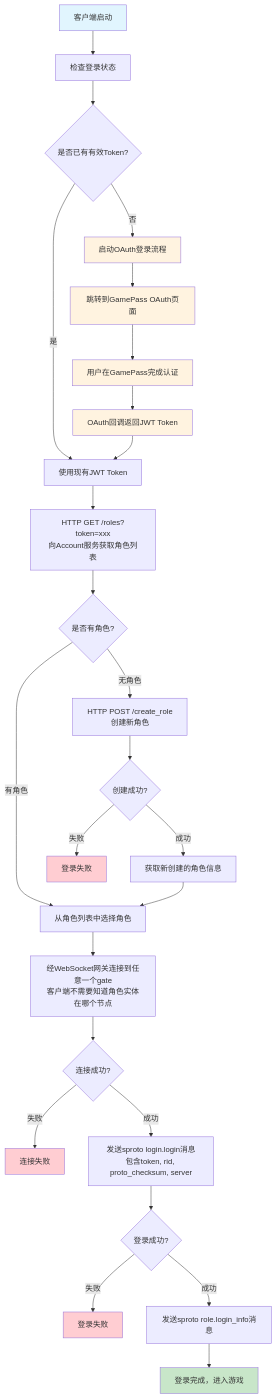
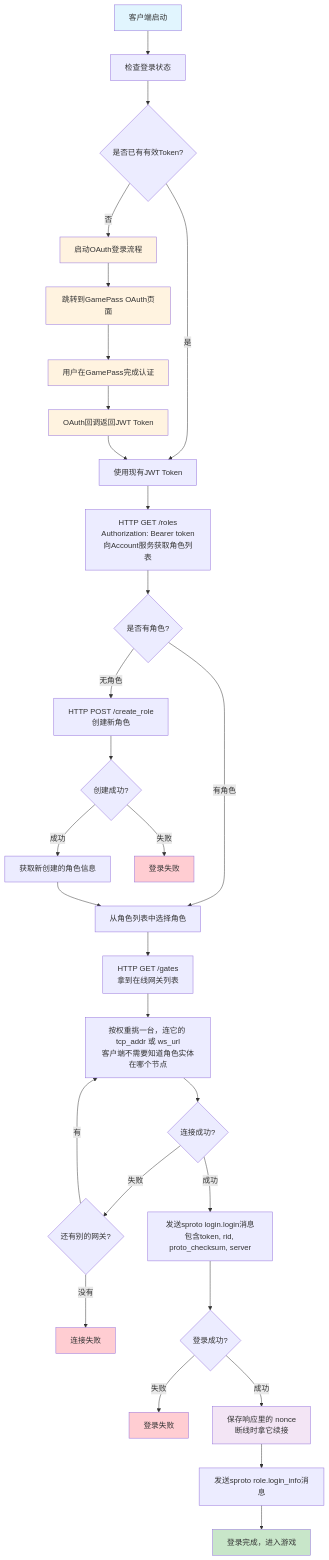
The first of 8 diagrams in docs/guide/login_diagram.md (hanxi/skyext), drawn with Mermaid before and after one commit. The commit also changed other lines of this file and 10 other files, not shown here.

````diff
--- a/docs/guide/login_diagram.md
+++ b/docs/guide/login_diagram.md
@@ -14,47 +16,52 @@
 ```mermaid
 flowchart TD
     A[客户端启动] --> B[检查登录状态]
     B --> C{是否已有有效Token?}
 
     C -->|否| D[启动OAuth登录流程]
     C -->|是| H[使用现有JWT Token]
 
     D --> E[跳转到GamePass OAuth页面]
     E --> F[用户在GamePass完成认证]
     F --> G[OAuth回调返回JWT Token]
     G --> H
 
-    H --> I[HTTP GET /roles?token=xxx<br/>向Account服务获取角色列表]
+    H --> I["HTTP GET /roles<br/>Authorization: Bearer token<br/>向Account服务获取角色列表"]
 
     I --> J{是否有角色?}
 
     J -->|有角色| K[从角色列表中选择角色]
     J -->|无角色| L[HTTP POST /create_role<br/>创建新角色]
 
     L --> M{创建成功?}
     M -->|成功| N[获取新创建的角色信息]
     M -->|失败| O[登录失败]
 
     N --> K
-    K --> P[经WebSocket网关连接到任意一个gate<br/>客户端不需要知道角色实体在哪个节点]
+    K --> GL["HTTP GET /gates<br/>拿到在线网关列表"]
+    GL --> P["按权重挑一台，连它的 tcp_addr 或 ws_url<br/>客户端不需要知道角色实体在哪个节点"]
 
     P --> S{连接成功?}
-    S -->|失败| T[连接失败]
+    S -->|失败| S2{还有别的网关?}
+    S2 -->|有| P
+    S2 -->|没有| T[连接失败]
     S -->|成功| U[发送sproto login.login消息<br/>包含token, rid, proto_checksum, server]
 
     U --> V{登录成功?}
     V -->|失败| W[登录失败]
-    V -->|成功| X[发送sproto role.login_info消息]
+    V -->|成功| NC[保存响应里的 nonce<br/>断线时拿它续接]
 
+    NC --> X[发送sproto role.login_info消息]
     X --> Y[登录完成，进入游戏]
 
     style A fill:#e1f5fe
     style Y fill:#c8e6c9
     style O fill:#ffcdd2
     style T fill:#ffcdd2
     style W fill:#ffcdd2
     style D fill:#fff3e0
     style E fill:#fff3e0
     style F fill:#fff3e0
     style G fill:#fff3e0
+    style NC fill:#f3e5f5
 ```
````
